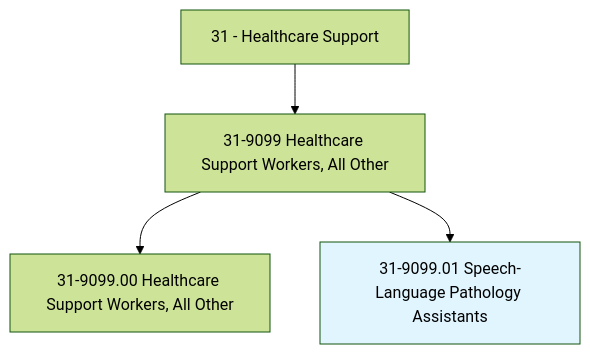
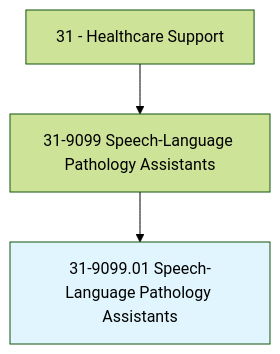
One commit to kziemski/business.org.ai changed the first of 4 diagrams in occupations/HealthcareSupport/SpeechLanguagePathologyAssistants.mdx. Above: the diagram before and after it, drawn with Mermaid (forest theme). The commit also changed other lines of this file and 938 other files, not shown here.

````diff
--- a/occupations/HealthcareSupport/SpeechLanguagePathologyAssistants.mdx
+++ b/occupations/HealthcareSupport/SpeechLanguagePathologyAssistants.mdx
@@ -19,7 +23,6 @@
 ```mermaid
 graph TD
-    Cat31["31 - Healthcare Support"] --> Group319099["31-9099 Healthcare Support Workers, All Other"]
-    Group319099 --> Base["31-9099.00 Healthcare Support Workers, All Other"]
+    Cat31["31 - Healthcare Support"] --> Group319099["31-9099 Speech-Language Pathology Assistants"]
     Group319099 --> Current["31-9099.01 Speech-Language Pathology Assistants"]
     style Current fill:#e1f5fe
 ```
````
